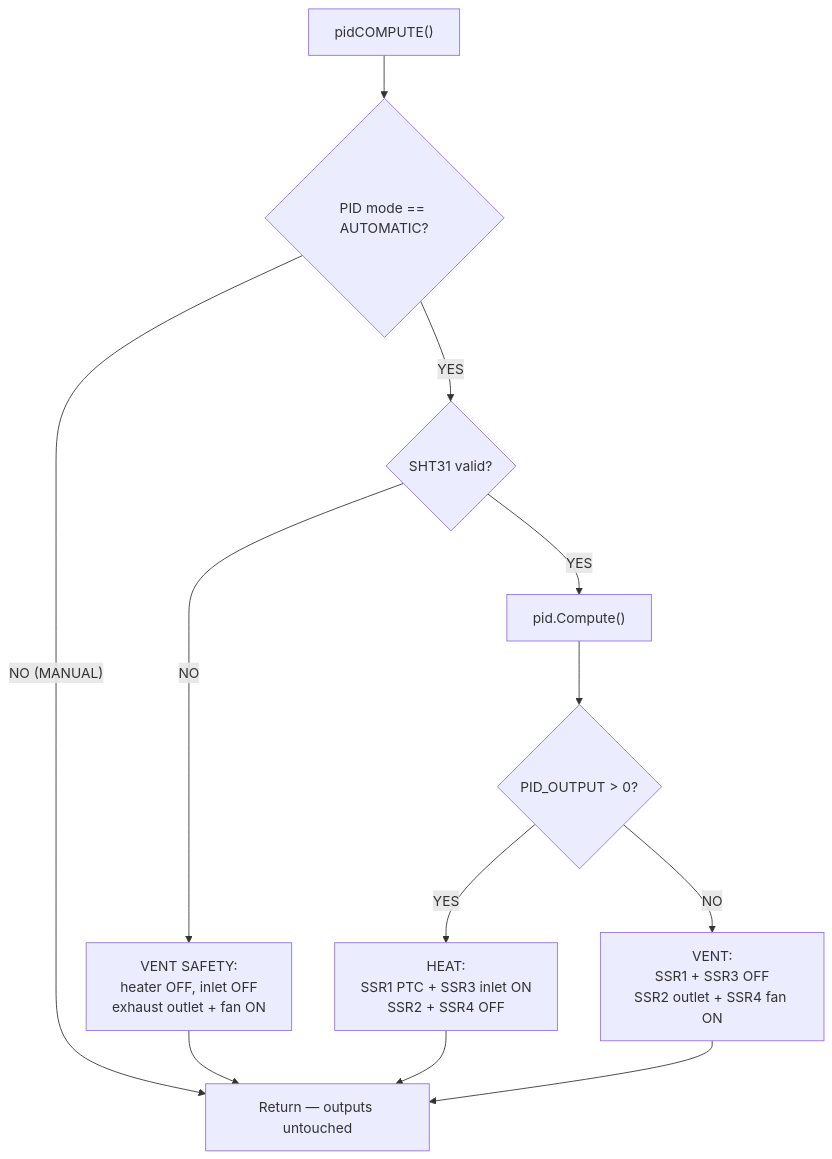
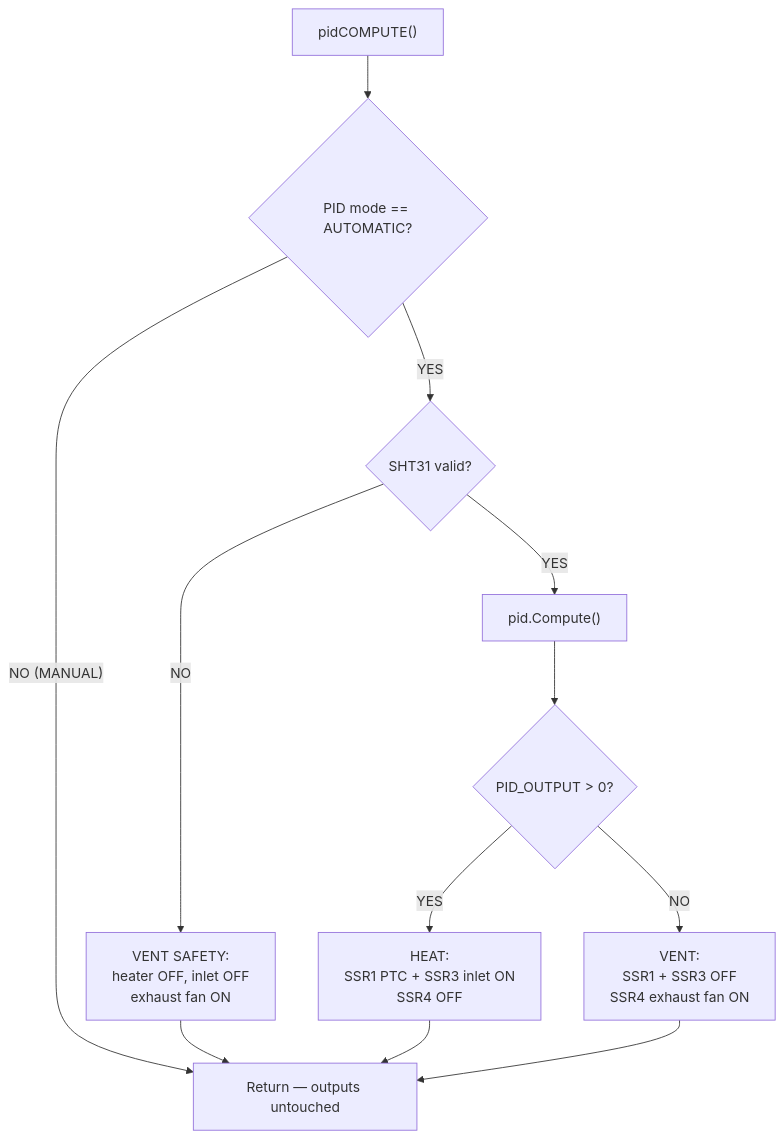
Before and after one commit to qppd/multi-dryer: the fourth of 5 diagrams in docs/diagrams/flow-chart.md, drawn with Mermaid. The commit also changed 17 other files, not shown here.

````diff
--- a/docs/diagrams/flow-chart.md
+++ b/docs/diagrams/flow-chart.md
@@ -59,14 +59,14 @@
 ```mermaid
 flowchart TD
     A["pidCOMPUTE()"] --> B{"PID mode == AUTOMATIC?"}
     B -->|"NO (MANUAL)"| Z["Return — outputs untouched"]
     B -->|"YES"| C{"SHT31 valid?"}
-    C -->|"NO"| V["VENT SAFETY:<br/>heater OFF, inlet OFF<br/>exhaust outlet + fan ON"]
+    C -->|"NO"| V["VENT SAFETY:<br/>heater OFF, inlet OFF<br/>exhaust fan ON"]
     C -->|"YES"| D["pid.Compute()"]
     D --> E{"PID_OUTPUT > 0?"}
-    E -->|"YES"| H["HEAT:<br/>SSR1 PTC + SSR3 inlet ON<br/>SSR2 + SSR4 OFF"]
-    E -->|"NO"| V2["VENT:<br/>SSR1 + SSR3 OFF<br/>SSR2 outlet + SSR4 fan ON"]
+    E -->|"YES"| H["HEAT:<br/>SSR1 PTC + SSR3 inlet ON<br/>SSR4 OFF"]
+    E -->|"NO"| V2["VENT:<br/>SSR1 + SSR3 OFF<br/>SSR4 exhaust fan ON"]
     V --> Z
     H --> Z
     V2 --> Z
 ```
````
